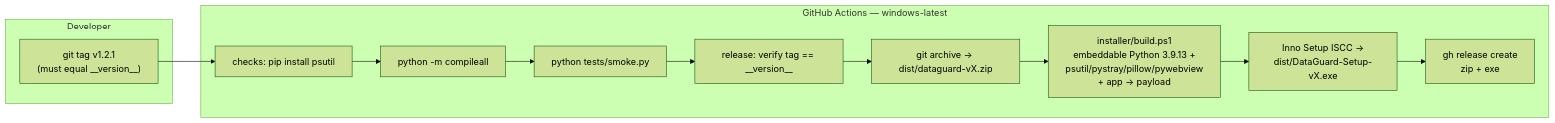
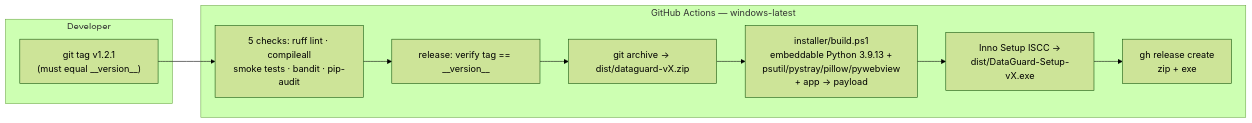
One commit to yassine808/network-tracker changed the seventh of 7 diagrams in README.md. Above: the diagram before and after it, drawn with Mermaid (forest theme). The commit also changed other lines of this file and 3 other files, not shown here.

````diff
--- a/README.md
+++ b/README.md
@@ -472,19 +476,17 @@
 ```mermaid
 flowchart LR
     subgraph DEV["Developer"]
         T["git tag v1.2.1<br/>(must equal __version__)"]
     end
 
     subgraph CI["GitHub Actions — windows-latest"]
-        C1["checks: pip install psutil"]
-        C2["python -m compileall"]
-        C3["python tests/smoke.py"]
-        C4["release: verify tag == __version__"]
-        C5["git archive → dist/dataguard-vX.zip"]
-        C6["installer/build.ps1<br/>embeddable Python 3.9.13 +<br/>psutil/pystray/pillow/pywebview<br/>+ app → payload"]
-        C7["Inno Setup ISCC →<br/>dist/DataGuard-Setup-vX.exe"]
-        C8["gh release create<br/>zip + exe"]
+        C1["5 checks: ruff lint · compileall<br/>smoke tests · bandit · pip-audit"]
+        C2["release: verify tag == __version__"]
+        C3["git archive → dist/dataguard-vX.zip"]
+        C4["installer/build.ps1<br/>embeddable Python 3.9.13 +<br/>psutil/pystray/pillow/pywebview<br/>+ app → payload"]
+        C5["Inno Setup ISCC →<br/>dist/DataGuard-Setup-vX.exe"]
+        C6["gh release create<br/>zip + exe"]
     end
 
-    T --> C1 --> C2 --> C3 --> C4 --> C5 --> C6 --> C7 --> C8
+    T --> C1 --> C2 --> C3 --> C4 --> C5 --> C6
 ```
````
